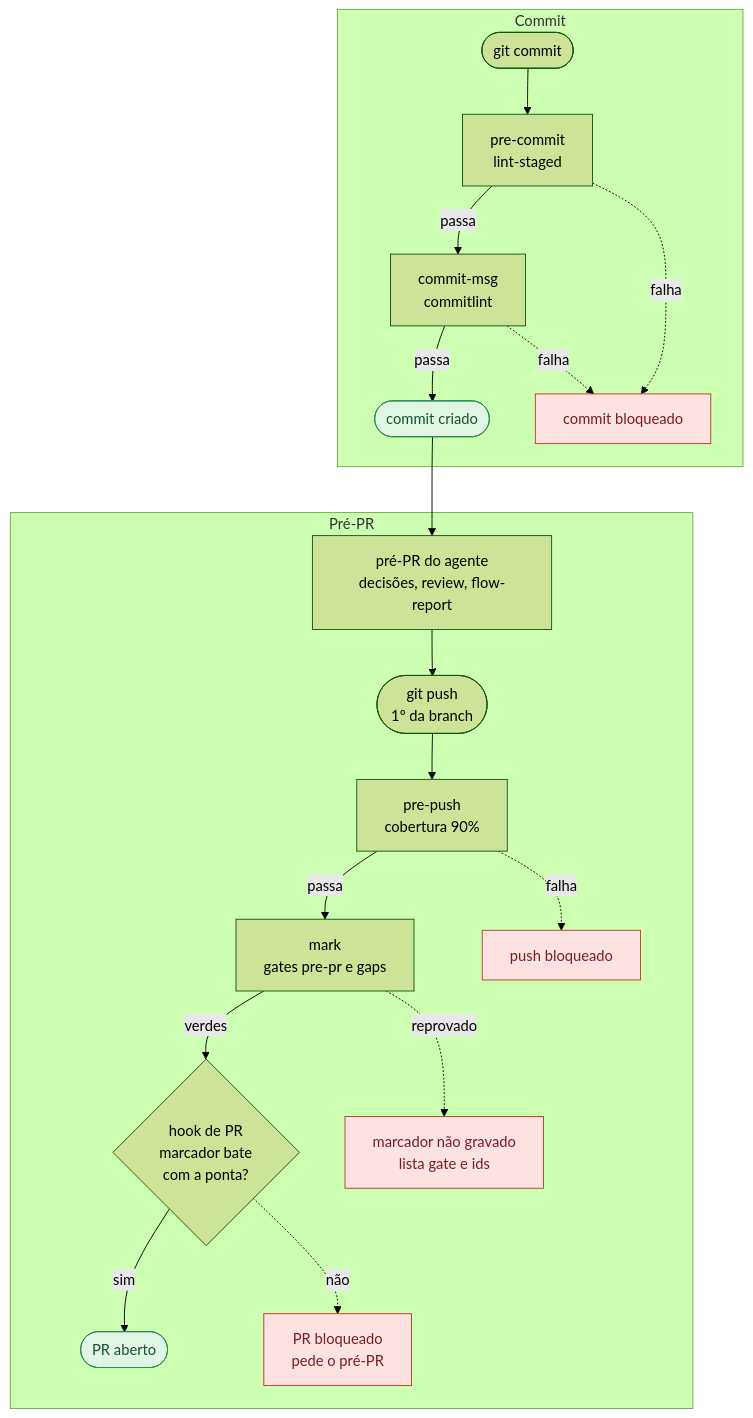
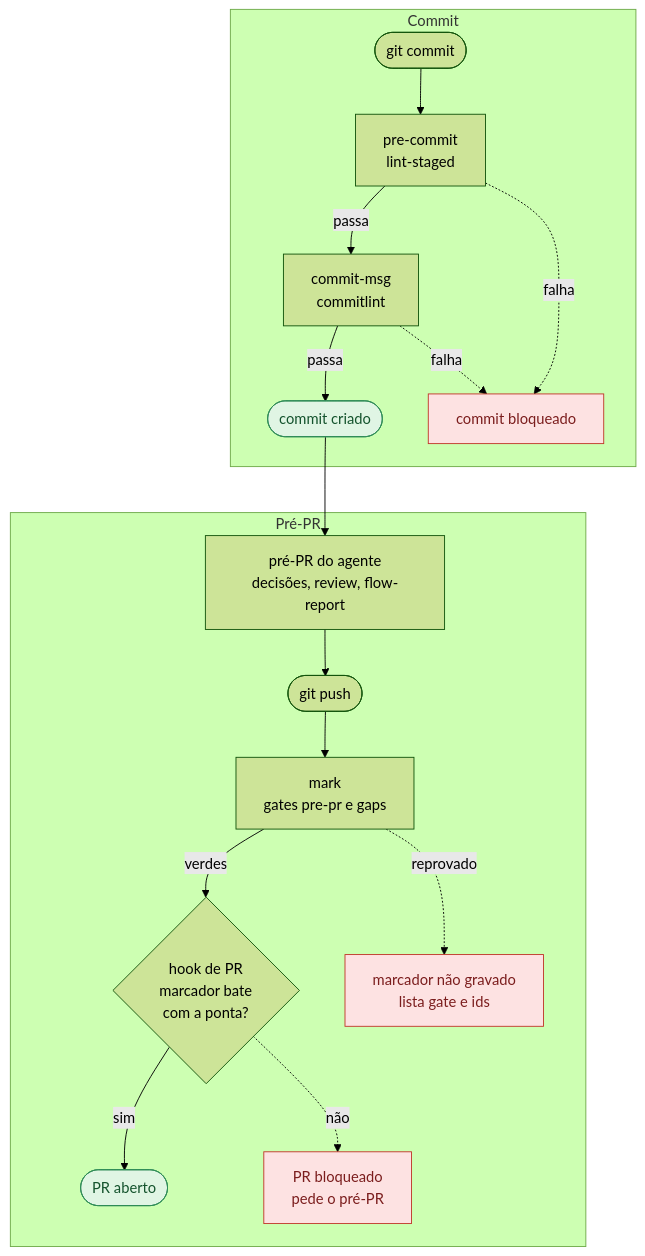
Before and after one commit to gabrielh-silvestre/hexlog: the diagram in docs/feedback-loops.md, drawn with Mermaid (forest theme). The commit also changed other lines of this file and 9 other files, not shown here.

Commit message:
chore(husky): drop the pre-push coverage run and leave it to CI

````diff
--- a/docs/feedback-loops.md
+++ b/docs/feedback-loops.md
@@ -7,28 +7,26 @@
 ```mermaid
 flowchart TB
     subgraph COMMIT["Commit"]
         A(["git commit"]) --> B["pre-commit<br/>lint-staged"]
         B -->|passa| C["commit-msg<br/>commitlint"]
         C -->|passa| D(["commit criado"])
         B -.->|falha| X1["commit bloqueado"]
         C -.->|falha| X1
     end
 
     subgraph PREPR["Pré-PR"]
-        G["pré-PR do agente<br/>decisões, review, flow-report"] --> E(["git push<br/>1º da branch"])
-        E --> F["pre-push<br/>cobertura 90%"]
-        F -->|passa| H["mark<br/>gates pre-pr e gaps"]
+        G["pré-PR do agente<br/>decisões, review, flow-report"] --> E(["git push"])
+        E --> H["mark<br/>gates pre-pr e gaps"]
         H -->|verdes| I{"hook de PR<br/>marcador bate<br/>com a ponta?"}
         I -->|sim| K(["PR aberto"])
-        F -.->|falha| X2["push bloqueado"]
         H -.->|reprovado| X3["marcador não gravado<br/>lista gate e ids"]
         I -.->|não| X4["PR bloqueado<br/>pede o pré-PR"]
     end
 
     D --> G
 
     classDef block fill:#fde2e2,stroke:#c0392b,color:#7b1d1d
     classDef ok fill:#e0f5e4,stroke:#2e8b57,color:#14532d
-    class X1,X2,X3,X4 block
+    class X1,X3,X4 block
     class D,K ok
 ```
````
